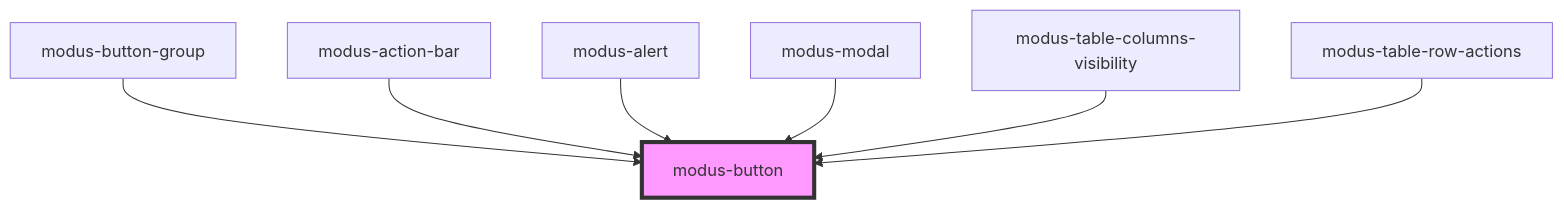
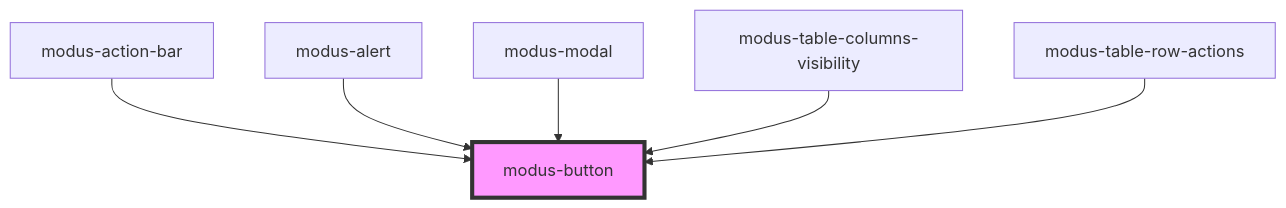
One commit to trimble-oss/modus-web-components changed the diagram in stencil-workspace/src/components/modus-button/readme.md. Above: the diagram before and after it, drawn with Mermaid. The commit also changed other lines of this file and 9 other files, not shown here.

First line of the commit message:
Modified button group  implementation

````diff
--- a/stencil-workspace/src/components/modus-button/readme.md
+++ b/stencil-workspace/src/components/modus-button/readme.md
@@ -56,10 +54,9 @@
 ```mermaid
 graph TD;
-  modus-button-group --> modus-button
   modus-action-bar --> modus-button
   modus-alert --> modus-button
   modus-modal --> modus-button
   modus-table-columns-visibility --> modus-button
   modus-table-row-actions --> modus-button
   style modus-button fill:#f9f,stroke:#333,stroke-width:4px
 ```
````
